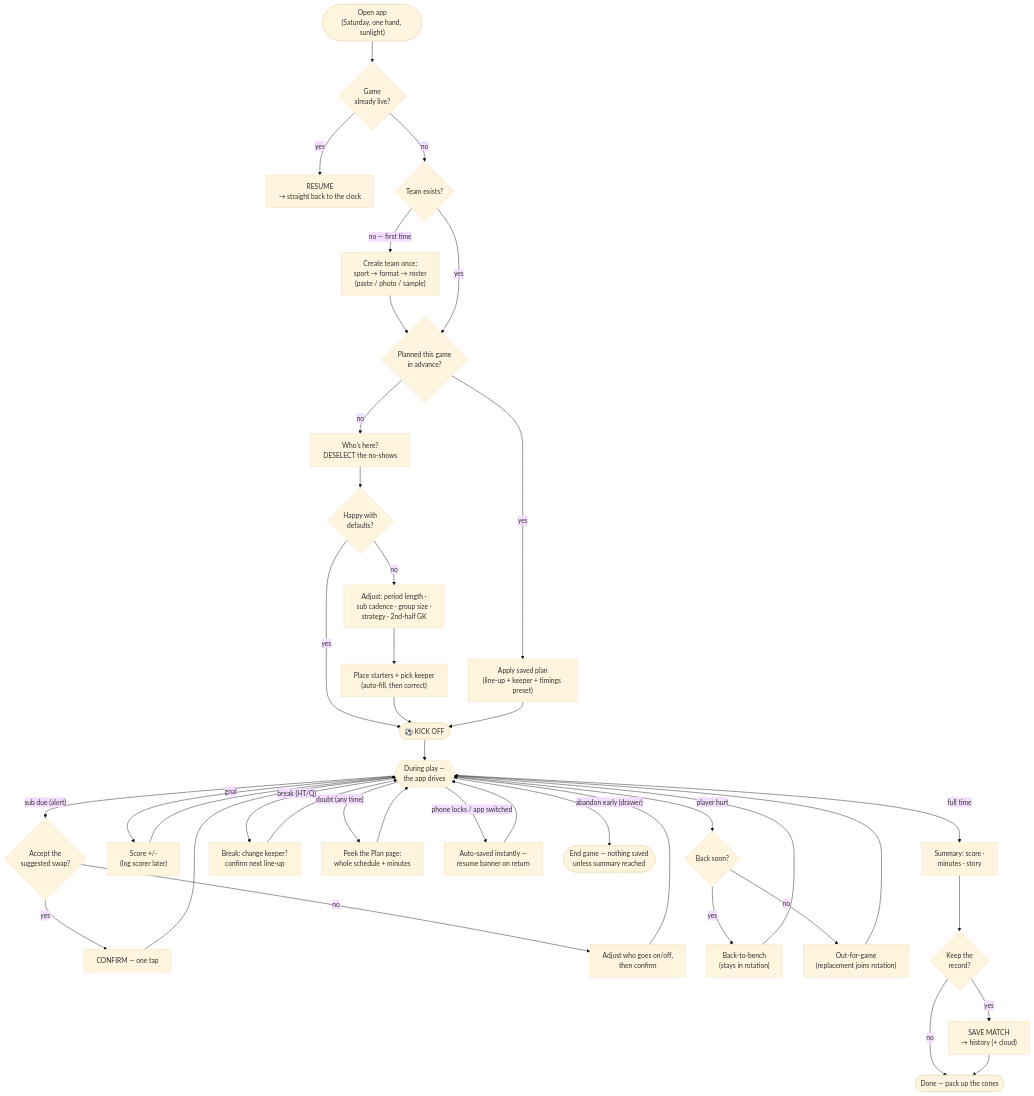
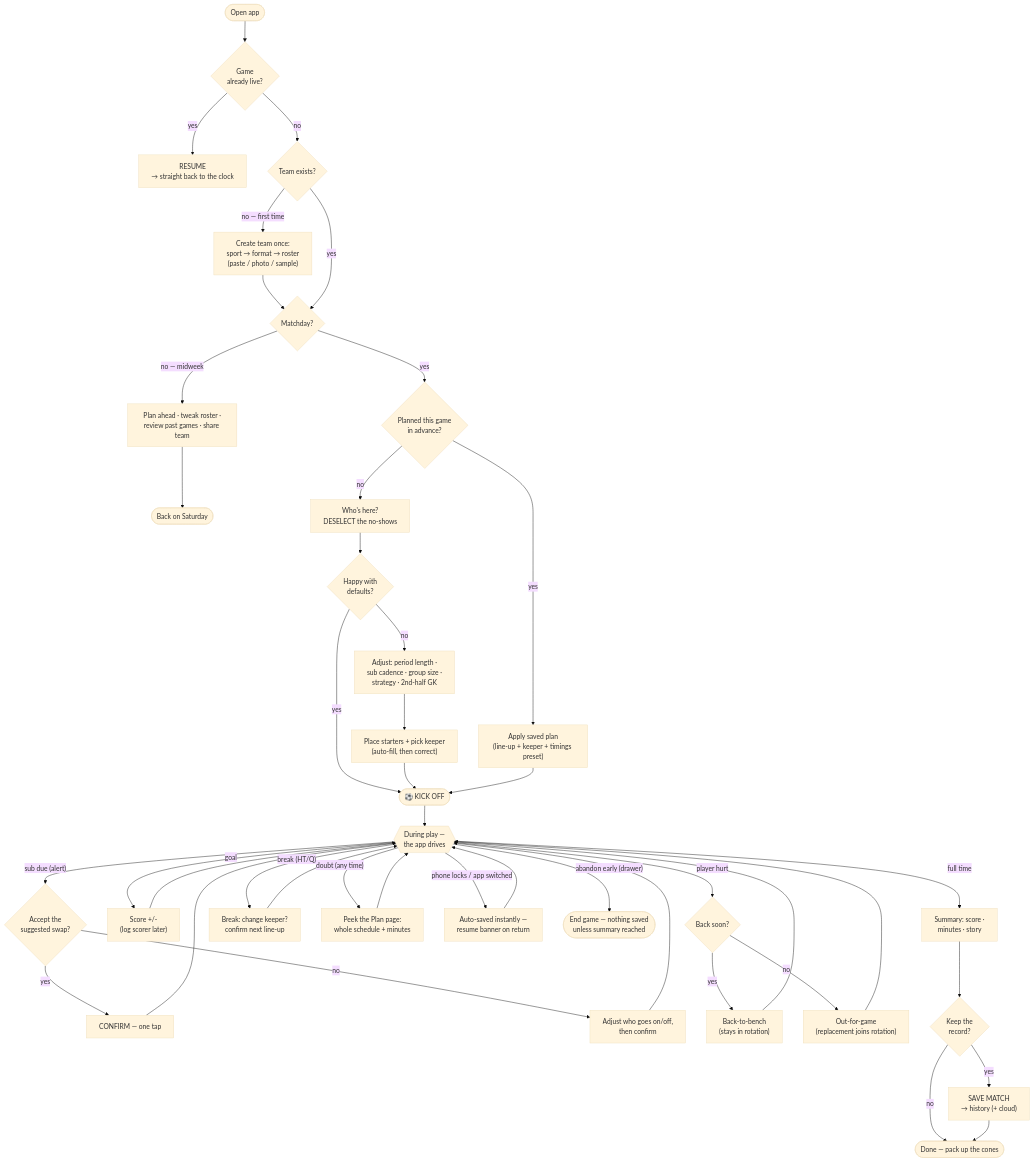
The second of 3 diagrams in docs/FLOW.md (PettetArchitects/OSKIMOO_sub-timer), drawn with Mermaid (base theme) before and after one commit. The commit also changed other lines of this file, not shown here.

Commit message:
FLOW.md: workflow tree v2 — stamped. Neutral entry, matchday as a branch
Owner review: the app is opened midweek too (plan ahead, tweak roster,
review, share) — matchday is a decision in the tree, not its premise.
Matches the FigJam v2 diagram. Marks the tree as stamped 2026-08-08.

````diff
--- a/docs/FLOW.md
+++ b/docs/FLOW.md
@@ -79,41 +82,46 @@
 ```mermaid
 flowchart TD
-    open(["Open app<br/>(Saturday, one hand, sunlight)"]) --> live{"Game<br/>already live?"}
+    open(["Open app"]) --> live{"Game<br/>already live?"}
     live -->|yes| resume["RESUME<br/>→ straight back to the clock"]
     live -->|no| team{"Team exists?"}
 
     team -->|no — first time| create["Create team once:<br/>sport → format → roster<br/>(paste / photo / sample)"]
-    create --> ready
-    team -->|yes| ready{"Planned this game<br/>in advance?"}
+    create --> day
+    team -->|yes| day{"Matchday?"}
+
+    day -->|"no — midweek"| midweek["Plan ahead · tweak roster ·<br/>review past games · share team"]
+    midweek --> later(["Back on Saturday"])
+
+    day -->|yes| ready{"Planned this game<br/>in advance?"}
 
     ready -->|yes| applyPlan["Apply saved plan<br/>(line-up + keeper + timings preset)"]
     ready -->|no| squad["Who's here?<br/>DESELECT the no-shows"]
 
     squad --> defaults{"Happy with<br/>defaults?"}
     defaults -->|yes| kickoff
     defaults -->|no| tweak["Adjust: period length ·<br/>sub cadence · group size ·<br/>strategy · 2nd-half GK"]
     tweak --> lineup["Place starters + pick keeper<br/>(auto-fill, then correct)"]
     lineup --> kickoff(["⚽ KICK OFF"])
     applyPlan --> kickoff
 
     kickoff --> during{{"During play —<br/>the app drives"}}
     during -->|"sub due (alert)"| subq{"Accept the<br/>suggested swap?"}
     subq -->|yes| conf["CONFIRM — one tap"]
     subq -->|no| adjust["Adjust who goes on/off,<br/>then confirm"]
     conf --> during
     adjust --> during
     during -->|goal| score["Score +/- <br/>(log scorer later)"] --> during
     during -->|"player hurt"| injury{"Back soon?"}
     injury -->|yes| benchInj["Back-to-bench<br/>(stays in rotation)"] --> during
     injury -->|no| outInj["Out-for-game<br/>(replacement joins rotation)"] --> during
     during -->|"break (HT/Q)"| break_["Break: change keeper?<br/>confirm next line-up"] --> during
     during -->|"doubt (any time)"| plan["Peek the Plan page:<br/>whole schedule + minutes"] --> during
     during -->|"phone locks / app switched"| saved["Auto-saved instantly —<br/>resume banner on return"] --> during
     during -->|"abandon early (drawer)"| abandoned(["End game — nothing saved<br/>unless summary reached"])
 
     during -->|"full time"| ft["Summary: score ·<br/>minutes · story"]
     ft --> save{"Keep the<br/>record?"}
     save -->|yes| history["SAVE MATCH<br/>→ history (+ cloud)"]
     save -->|no| done(["Done — pack up the cones"])
     history --> done
 ```
````
